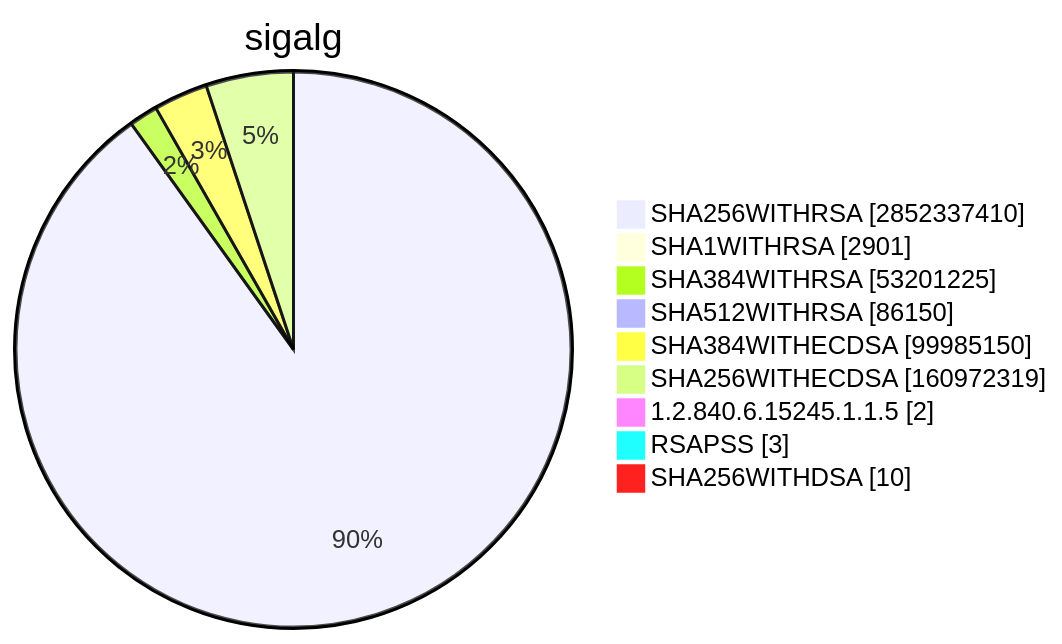
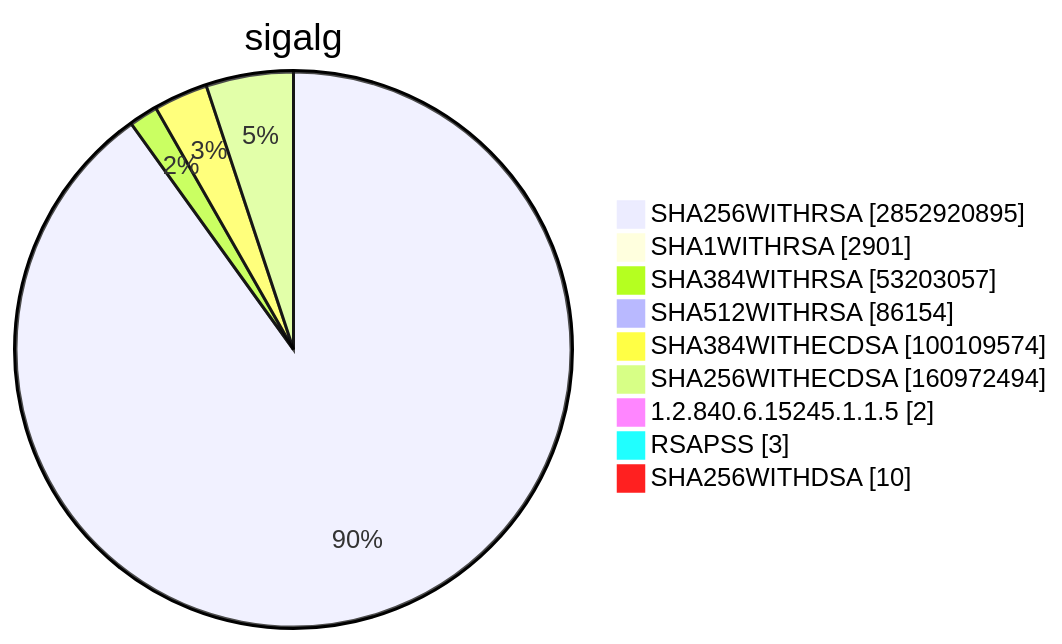
One commit to christiankrug/ctmonitor_visualization changed diagram 15 of 15 in TOTAL/README.md. Above: the diagram before and after it, drawn with Mermaid. The commit also changed other lines of this file, not shown here.

````diff
--- a/TOTAL/README.md
+++ b/TOTAL/README.md
@@ -6207,13 +6207,13 @@
 ```mermaid
 pie showData
 title sigalg
-"SHA256WITHRSA" :2852337410
+"SHA256WITHRSA" :2852920895
 "SHA1WITHRSA" :2901
-"SHA384WITHRSA" :53201225
-"SHA512WITHRSA" :86150
-"SHA384WITHECDSA" :99985150
-"SHA256WITHECDSA" :160972319
+"SHA384WITHRSA" :53203057
+"SHA512WITHRSA" :86154
+"SHA384WITHECDSA" :100109574
+"SHA256WITHECDSA" :160972494
 "1.2.840.6.15245.1.1.5" :2
 "RSAPSS" :3
 "SHA256WITHDSA" :10
 ```
````
